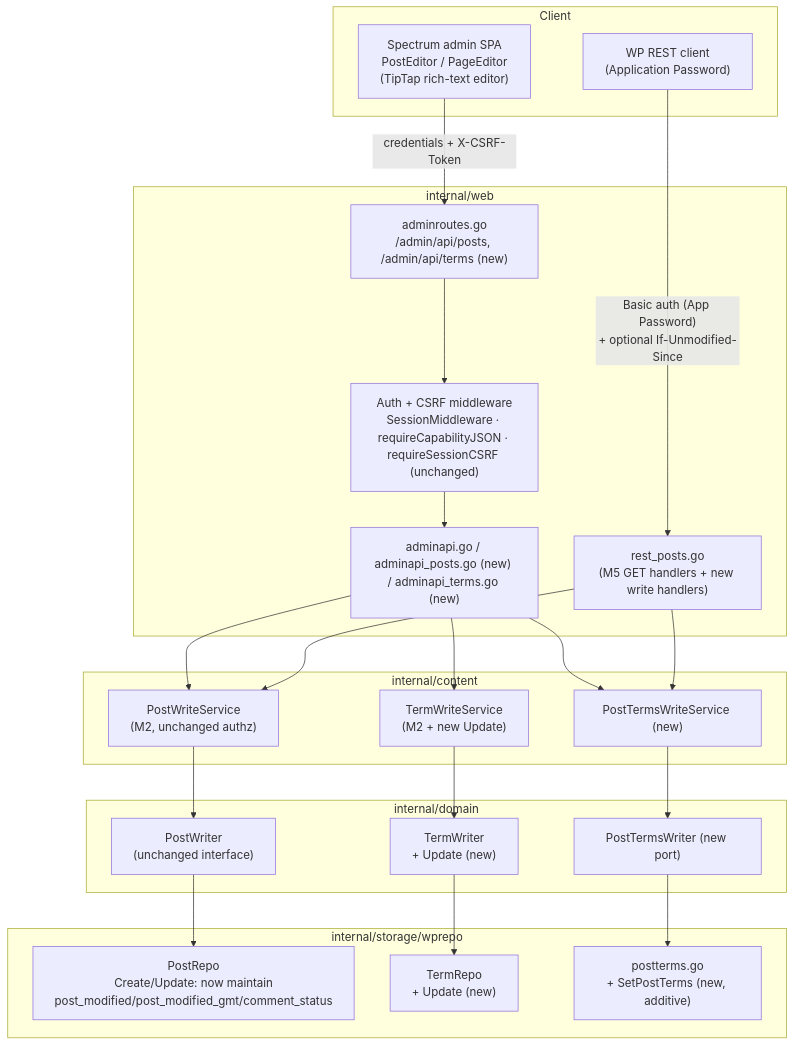
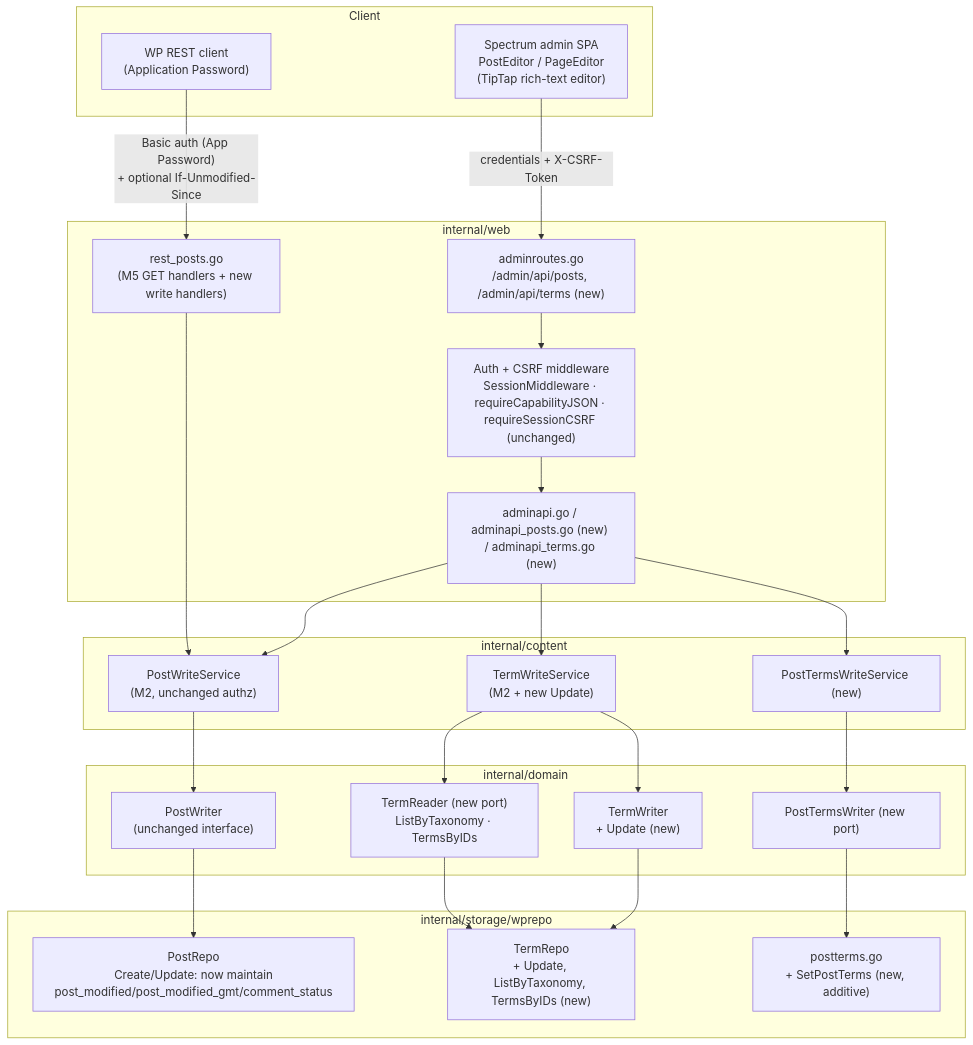
The first of 5 diagrams in plans/06-admin-crud-editor/design.md (roboweaver/grimoire), drawn with Mermaid before and after one commit. The commit also changed other lines of this file and 2 other files, not shown here.

````diff
--- a/plans/06-admin-crud-editor/design.md
+++ b/plans/06-admin-crud-editor/design.md
@@ -38,44 +38,45 @@
 ```mermaid
 flowchart TB
   subgraph Client
     SPA["Spectrum admin SPA<br/>PostEditor / PageEditor<br/>(TipTap rich-text editor)"]
     RESTClient["WP REST client<br/>(Application Password)"]
   end
 
   subgraph Web["internal/web"]
     AdminRoutes["adminroutes.go<br/>/admin/api/posts, /admin/api/terms (new)"]
     AdminAPI["adminapi.go / adminapi_posts.go (new) / adminapi_terms.go (new)"]
     MW["Auth + CSRF middleware<br/>SessionMiddleware · requireCapabilityJSON · requireSessionCSRF (unchanged)"]
     RESTPosts["rest_posts.go<br/>(M5 GET handlers + new write handlers)"]
   end
 
   subgraph Content["internal/content"]
     PWS["PostWriteService<br/>(M2, unchanged authz)"]
     TWS["TermWriteService<br/>(M2 + new Update)"]
     PTWS["PostTermsWriteService (new)"]
   end
 
   subgraph Domain["internal/domain"]
     PW["PostWriter<br/>(unchanged interface)"]
     TW["TermWriter<br/>+ Update (new)"]
+    TR["TermReader (new port)<br/>ListByTaxonomy · TermsByIDs"]
     PTW["PostTermsWriter (new port)"]
   end
 
   subgraph Storage["internal/storage/wprepo"]
     PostRepo["PostRepo<br/>Create/Update: now maintain<br/>post_modified/post_modified_gmt/comment_status"]
-    TermRepo["TermRepo<br/>+ Update (new)"]
+    TermRepo["TermRepo<br/>+ Update, ListByTaxonomy, TermsByIDs (new)"]
     PostTermsRepo["postterms.go<br/>+ SetPostTerms (new, additive)"]
   end
 
   SPA -->|"credentials + X-CSRF-Token"| AdminRoutes
   RESTClient -->|"Basic auth (App Password)<br/>+ optional If-Unmodified-Since"| RESTPosts
   AdminRoutes --> MW --> AdminAPI
   AdminAPI --> PWS
   AdminAPI --> TWS
   AdminAPI --> PTWS
   RESTPosts --> PWS
-  RESTPosts --> PTWS
   PWS --> PW --> PostRepo
   TWS --> TW --> TermRepo
+  TWS --> TR --> TermRepo
   PTWS --> PTW --> PostTermsRepo
 ```
````
